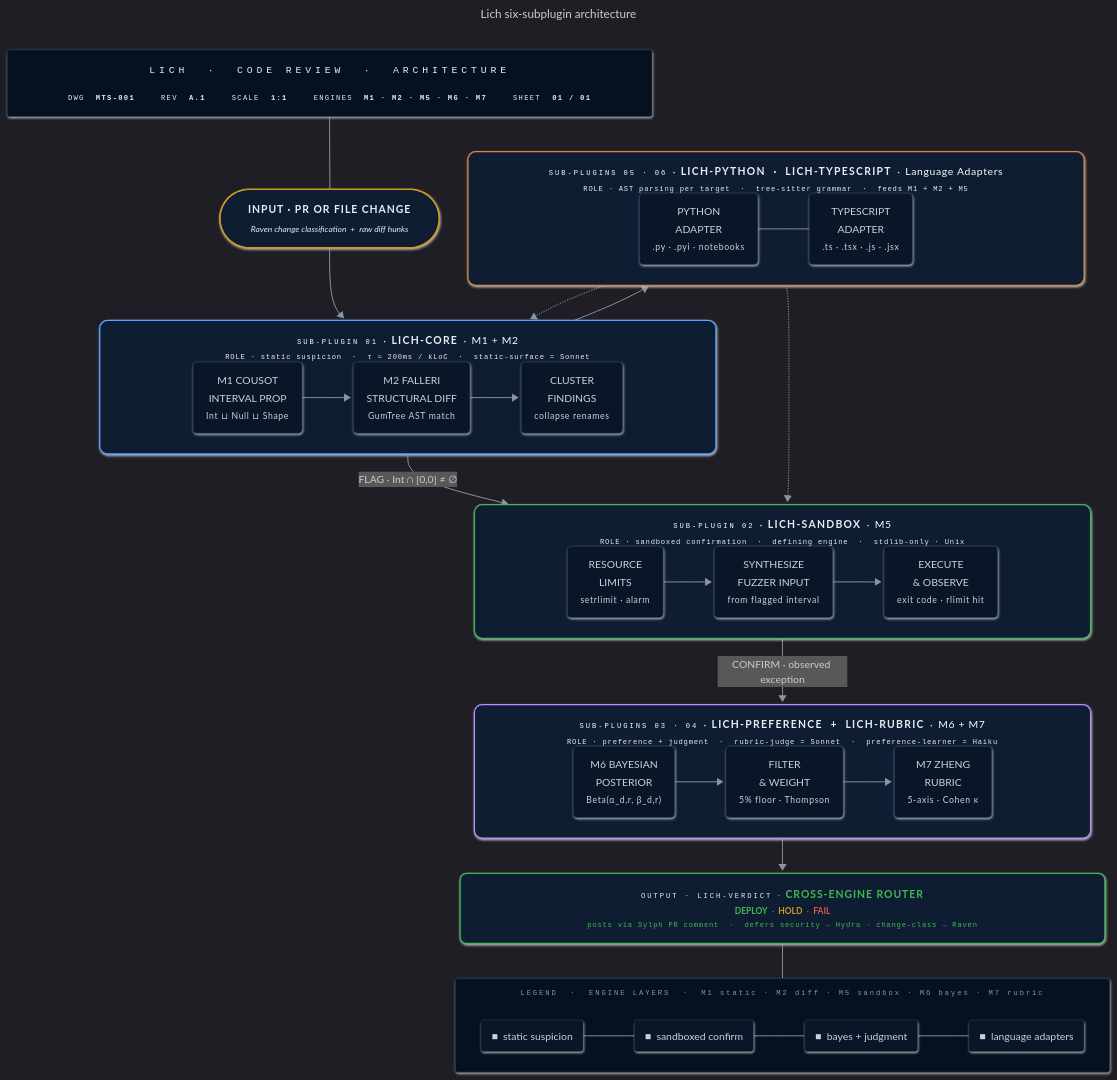
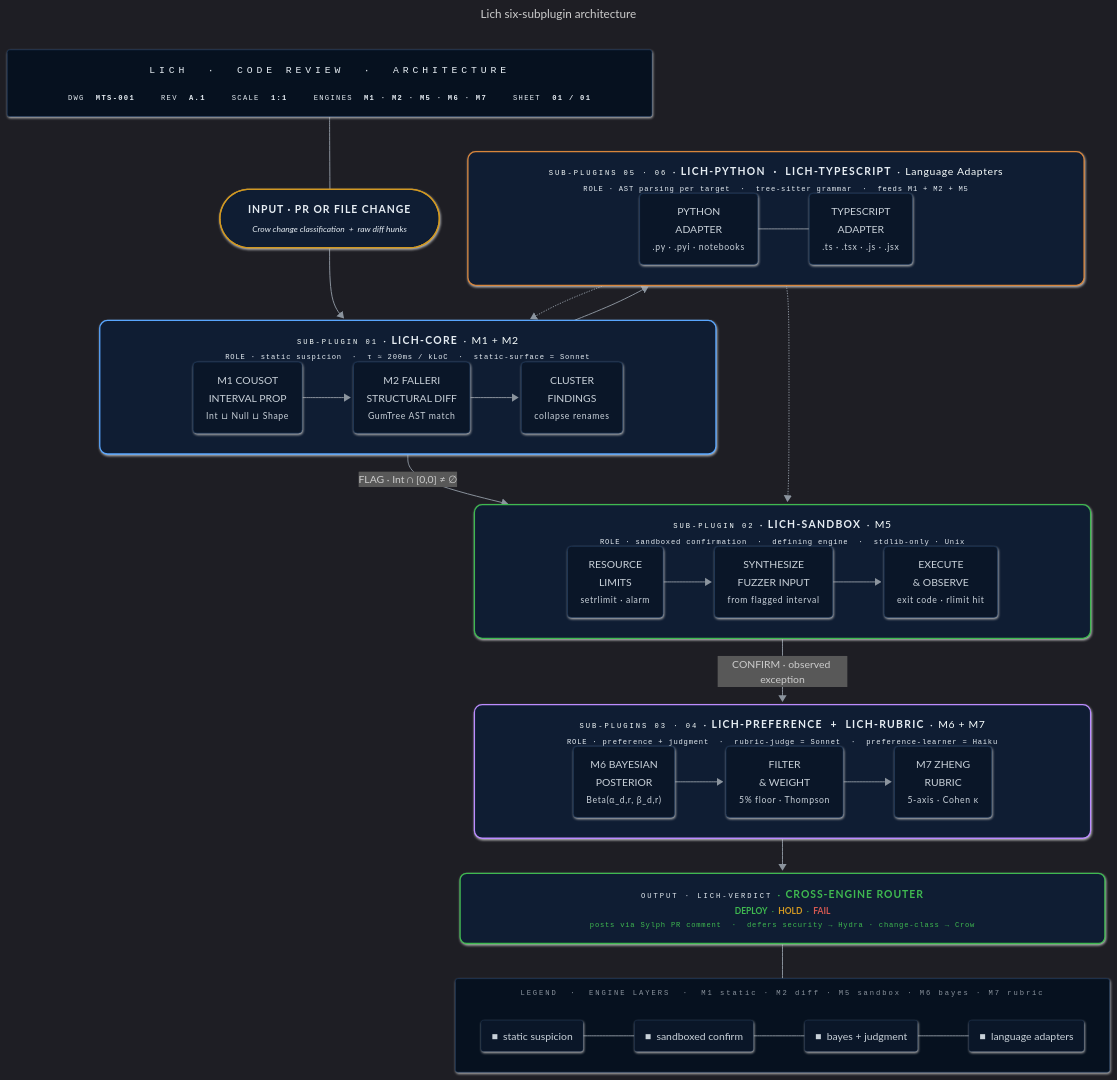
Before and after one commit to enchanted-plugins/lich: the diagram in docs/assets/pipeline.mmd, drawn with Mermaid. The commit also changed 1 other file, not shown here.

Commit message:
fix: update old name references in .mmd diagram files

```diff
--- a/docs/assets/pipeline.mmd
+++ b/docs/assets/pipeline.mmd
@@ -1,79 +1,79 @@
 ---
 title: Lich six-subplugin architecture
 config:
   look: neo
   theme: dark
   flowchart:
     curve: basis
     padding: 18
     nodeSpacing: 44
     rankSpacing: 54
     htmlLabels: true
     subGraphTitleMargin:
       top: 14
       bottom: 18
 ---
 flowchart TB
     TitleBlock["<div style='font-family:ui-monospace,SFMono-Regular,Consolas,monospace;text-align:center;min-width:940px;padding:6px 10px;line-height:1.8'><div style='color:#58a6ff;font-size:15px;letter-spacing:6px;border-bottom:1px solid #1e3a5f;padding-bottom:10px;margin-bottom:10px'>LICH &nbsp;·&nbsp; CODE&nbsp;REVIEW &nbsp;·&nbsp; ARCHITECTURE</div><div style='display:flex;gap:40px;justify-content:center;font-size:11px;color:#8b949e;letter-spacing:2px'><span>DWG&nbsp;&nbsp;<b style='color:#e6edf3'>MTS-001</b></span><span>REV&nbsp;&nbsp;<b style='color:#e6edf3'>A.1</b></span><span>SCALE&nbsp;&nbsp;<b style='color:#e6edf3'>1:1</b></span><span>ENGINES&nbsp;&nbsp;<b style='color:#e6edf3'>M1&nbsp;·&nbsp;M2&nbsp;·&nbsp;M5&nbsp;·&nbsp;M6&nbsp;·&nbsp;M7</b></span><span>SHEET&nbsp;&nbsp;<b style='color:#e6edf3'>01&nbsp;/&nbsp;01</b></span></div></div>"]
 
-    Input(["<div style='text-align:center;line-height:1.8;padding:4px 12px'><b style='letter-spacing:1.5px'>INPUT&nbsp;·&nbsp;PR&nbsp;OR&nbsp;FILE&nbsp;CHANGE</b><br/><em style='color:#8b949e;font-size:13px;font-weight:400'>Raven change classification &nbsp;+&nbsp; raw diff hunks</em></div>"])
+    Input(["<div style='text-align:center;line-height:1.8;padding:4px 12px'><b style='letter-spacing:1.5px'>INPUT&nbsp;·&nbsp;PR&nbsp;OR&nbsp;FILE&nbsp;CHANGE</b><br/><em style='color:#8b949e;font-size:13px;font-weight:400'>Crow change classification &nbsp;+&nbsp; raw diff hunks</em></div>"])
 
     subgraph Core["<div style='text-align:center;min-width:940px;line-height:2'><div><span style='font-family:ui-monospace,monospace;color:#8b949e;font-size:11px;letter-spacing:3px'>SUB-PLUGIN&nbsp;01</span>&nbsp;&nbsp;·&nbsp;&nbsp;<b style='letter-spacing:2px'>LICH-CORE</b>&nbsp;&nbsp;·&nbsp;&nbsp;<span style='color:#58a6ff;letter-spacing:1px'>M1&nbsp;+&nbsp;M2</span></div><div style='color:#6e7681;font-size:11px;font-family:ui-monospace,monospace;letter-spacing:1.2px'>ROLE&nbsp;·&nbsp;static&nbsp;suspicion&nbsp;&nbsp;·&nbsp;&nbsp;τ&nbsp;≈&nbsp;200ms&nbsp;/&nbsp;kLoC&nbsp;&nbsp;·&nbsp;&nbsp;static-surface&nbsp;=&nbsp;Sonnet</div></div>"]
         direction LR
         interval["<div style='text-align:center;line-height:1.7;padding:2px 4px'>M1&nbsp;COUSOT<br/>INTERVAL&nbsp;PROP<br/><small style='color:#6e7681;letter-spacing:1px'>Int&nbsp;⊔&nbsp;Null&nbsp;⊔&nbsp;Shape</small></div>"] --> diff["<div style='text-align:center;line-height:1.7;padding:2px 4px'>M2&nbsp;FALLERI<br/>STRUCTURAL&nbsp;DIFF<br/><small style='color:#6e7681;letter-spacing:1px'>GumTree&nbsp;AST&nbsp;match</small></div>"] --> cluster["<div style='text-align:center;line-height:1.7;padding:2px 4px'>CLUSTER<br/>FINDINGS<br/><small style='color:#6e7681;letter-spacing:1px'>collapse&nbsp;renames</small></div>"]
     end
 
     subgraph Sandbox["<div style='text-align:center;min-width:940px;line-height:2'><div><span style='font-family:ui-monospace,monospace;color:#8b949e;font-size:11px;letter-spacing:3px'>SUB-PLUGIN&nbsp;02</span>&nbsp;&nbsp;·&nbsp;&nbsp;<b style='letter-spacing:2px'>LICH-SANDBOX</b>&nbsp;&nbsp;·&nbsp;&nbsp;<span style='color:#3fb950;letter-spacing:1px'>M5</span></div><div style='color:#6e7681;font-size:11px;font-family:ui-monospace,monospace;letter-spacing:1.2px'>ROLE&nbsp;·&nbsp;sandboxed&nbsp;confirmation&nbsp;&nbsp;·&nbsp;&nbsp;defining&nbsp;engine&nbsp;&nbsp;·&nbsp;&nbsp;stdlib-only&nbsp;·&nbsp;Unix</div></div>"]
         direction LR
         rlimit["<div style='text-align:center;line-height:1.7;padding:2px 4px'>RESOURCE<br/>LIMITS<br/><small style='color:#6e7681;letter-spacing:1px'>setrlimit&nbsp;·&nbsp;alarm</small></div>"] --> fuzz["<div style='text-align:center;line-height:1.7;padding:2px 4px'>SYNTHESIZE<br/>FUZZER&nbsp;INPUT<br/><small style='color:#6e7681;letter-spacing:1px'>from&nbsp;flagged&nbsp;interval</small></div>"] --> exec["<div style='text-align:center;line-height:1.7;padding:2px 4px'>EXECUTE<br/>&amp;&nbsp;OBSERVE<br/><small style='color:#6e7681;letter-spacing:1px'>exit&nbsp;code&nbsp;·&nbsp;rlimit&nbsp;hit</small></div>"]
     end
 
     subgraph Bayes["<div style='text-align:center;min-width:940px;line-height:2'><div><span style='font-family:ui-monospace,monospace;color:#8b949e;font-size:11px;letter-spacing:3px'>SUB-PLUGINS&nbsp;03&nbsp;·&nbsp;04</span>&nbsp;&nbsp;·&nbsp;&nbsp;<b style='letter-spacing:2px'>LICH-PREFERENCE&nbsp;&nbsp;+&nbsp;&nbsp;LICH-RUBRIC</b>&nbsp;&nbsp;·&nbsp;&nbsp;<span style='color:#bc8cff;letter-spacing:1px'>M6&nbsp;+&nbsp;M7</span></div><div style='color:#6e7681;font-size:11px;font-family:ui-monospace,monospace;letter-spacing:1.2px'>ROLE&nbsp;·&nbsp;preference&nbsp;+&nbsp;judgment&nbsp;&nbsp;·&nbsp;&nbsp;rubric-judge&nbsp;=&nbsp;Sonnet&nbsp;&nbsp;·&nbsp;&nbsp;preference-learner&nbsp;=&nbsp;Haiku</div></div>"]
         direction LR
         posterior["<div style='text-align:center;line-height:1.7;padding:2px 4px'>M6&nbsp;BAYESIAN<br/>POSTERIOR<br/><small style='color:#6e7681;letter-spacing:1px'>Beta(α_d,r,&nbsp;β_d,r)</small></div>"] --> filter["<div style='text-align:center;line-height:1.7;padding:2px 4px'>FILTER<br/>&amp;&nbsp;WEIGHT<br/><small style='color:#6e7681;letter-spacing:1px'>5%&nbsp;floor&nbsp;·&nbsp;Thompson</small></div>"] --> rubric["<div style='text-align:center;line-height:1.7;padding:2px 4px'>M7&nbsp;ZHENG<br/>RUBRIC<br/><small style='color:#6e7681;letter-spacing:1px'>5-axis&nbsp;·&nbsp;Cohen&nbsp;κ</small></div>"]
     end
 
     subgraph Adapt["<div style='text-align:center;min-width:940px;line-height:2'><div><span style='font-family:ui-monospace,monospace;color:#8b949e;font-size:11px;letter-spacing:3px'>SUB-PLUGINS&nbsp;05&nbsp;·&nbsp;06</span>&nbsp;&nbsp;·&nbsp;&nbsp;<b style='letter-spacing:2px'>LICH-PYTHON&nbsp;&nbsp;·&nbsp;&nbsp;LICH-TYPESCRIPT</b>&nbsp;&nbsp;·&nbsp;&nbsp;<span style='color:#d8853b;letter-spacing:1px'>Language&nbsp;Adapters</span></div><div style='color:#6e7681;font-size:11px;font-family:ui-monospace,monospace;letter-spacing:1.2px'>ROLE&nbsp;·&nbsp;AST&nbsp;parsing&nbsp;per&nbsp;target&nbsp;&nbsp;·&nbsp;&nbsp;tree-sitter&nbsp;grammar&nbsp;&nbsp;·&nbsp;&nbsp;feeds&nbsp;M1&nbsp;+&nbsp;M2&nbsp;+&nbsp;M5</div></div>"]
         direction LR
         py["<div style='text-align:center;line-height:1.7;padding:2px 4px'>PYTHON<br/>ADAPTER<br/><small style='color:#6e7681;letter-spacing:1px'>.py&nbsp;·&nbsp;.pyi&nbsp;·&nbsp;notebooks</small></div>"] --- ts["<div style='text-align:center;line-height:1.7;padding:2px 4px'>TYPESCRIPT<br/>ADAPTER<br/><small style='color:#6e7681;letter-spacing:1px'>.ts&nbsp;·&nbsp;.tsx&nbsp;·&nbsp;.js&nbsp;·&nbsp;.jsx</small></div>"]
     end
 
-    Verdict["<div style='text-align:center;min-width:940px;line-height:1.8;padding:6px 10px'><div><span style='font-family:ui-monospace,monospace;color:#8b949e;font-size:11px;letter-spacing:3px'>OUTPUT&nbsp;·&nbsp;LICH-VERDICT</span>&nbsp;&nbsp;·&nbsp;&nbsp;<b style='letter-spacing:1.5px'>CROSS-ENGINE&nbsp;ROUTER</b></div><div style='color:#8b949e;font-size:13px'><b style='color:#3fb950'>DEPLOY</b>&nbsp;&nbsp;·&nbsp;&nbsp;<b style='color:#d29922'>HOLD</b>&nbsp;&nbsp;·&nbsp;&nbsp;<b style='color:#d75952'>FAIL</b></div><div style='color:#6e7681;font-size:11px;font-family:ui-monospace,monospace;letter-spacing:1.2px'>posts&nbsp;via&nbsp;Sylph&nbsp;PR&nbsp;comment&nbsp;&nbsp;·&nbsp;&nbsp;defers&nbsp;security&nbsp;→&nbsp;Hydra&nbsp;·&nbsp;change-class&nbsp;→&nbsp;Raven</div></div>"]
+    Verdict["<div style='text-align:center;min-width:940px;line-height:1.8;padding:6px 10px'><div><span style='font-family:ui-monospace,monospace;color:#8b949e;font-size:11px;letter-spacing:3px'>OUTPUT&nbsp;·&nbsp;LICH-VERDICT</span>&nbsp;&nbsp;·&nbsp;&nbsp;<b style='letter-spacing:1.5px'>CROSS-ENGINE&nbsp;ROUTER</b></div><div style='color:#8b949e;font-size:13px'><b style='color:#3fb950'>DEPLOY</b>&nbsp;&nbsp;·&nbsp;&nbsp;<b style='color:#d29922'>HOLD</b>&nbsp;&nbsp;·&nbsp;&nbsp;<b style='color:#d75952'>FAIL</b></div><div style='color:#6e7681;font-size:11px;font-family:ui-monospace,monospace;letter-spacing:1.2px'>posts&nbsp;via&nbsp;Sylph&nbsp;PR&nbsp;comment&nbsp;&nbsp;·&nbsp;&nbsp;defers&nbsp;security&nbsp;→&nbsp;Hydra&nbsp;·&nbsp;change-class&nbsp;→&nbsp;Crow</div></div>"]
 
     subgraph Legend["<div style='font-family:ui-monospace,monospace;color:#8b949e;font-size:11px;letter-spacing:3px;min-width:940px;text-align:center'>LEGEND&nbsp;&nbsp;·&nbsp;&nbsp;ENGINE&nbsp;LAYERS&nbsp;&nbsp;·&nbsp;&nbsp;M1&nbsp;static&nbsp;·&nbsp;M2&nbsp;diff&nbsp;·&nbsp;M5&nbsp;sandbox&nbsp;·&nbsp;M6&nbsp;bayes&nbsp;·&nbsp;M7&nbsp;rubric</div>"]
         direction LR
         lg1["<span style='color:#58a6ff'>■</span>&nbsp;&nbsp;static&nbsp;suspicion"] --- lg2["<span style='color:#3fb950'>■</span>&nbsp;&nbsp;sandboxed&nbsp;confirm"] --- lg3["<span style='color:#bc8cff'>■</span>&nbsp;&nbsp;bayes&nbsp;+&nbsp;judgment"] --- lg4["<span style='color:#d8853b'>■</span>&nbsp;&nbsp;language&nbsp;adapters"]
     end
 
     TitleBlock ~~~ Input
     Input --> Core
     Core -->|"FLAG · Int ∩ [0,0] ≠ ∅"| Sandbox
     Core --> Adapt
     Sandbox -->|"CONFIRM · observed exception"| Bayes
     Adapt -.-> Core
     Adapt -.-> Sandbox
     Bayes --> Verdict
     Verdict ~~~ Legend
 
     classDef step fill:#0a1628,stroke:#1e3a5f,stroke-width:1px,color:#c9d1d9,rx:6,ry:6
     classDef userNode fill:#0a1628,stroke:#1e3a5f,stroke-width:1.5px,color:#e6edf3,rx:10,ry:10
     classDef titleBlock fill:#06111f,stroke:#1e3a5f,stroke-width:1px,color:#e6edf3,rx:4,ry:4
     classDef verdictStyle fill:#0f1d33,stroke:#3fb950,stroke-width:2px,color:#e6edf3,rx:10,ry:10
     classDef legend fill:#06111f,stroke:#1e3a5f,stroke-width:1px,color:#8b949e,rx:4,ry:4
     classDef legendItem fill:#0a1628,stroke:#1e3a5f,stroke-width:0.5px,color:#c9d1d9,rx:4,ry:4
 
     class Input userNode
     class interval,diff,cluster,rlimit,fuzz,exec,posterior,filter,rubric,py,ts step
     class Verdict verdictStyle
     class TitleBlock titleBlock
     class Legend legend
     class lg1,lg2,lg3,lg4 legendItem
 
     style Input fill:#0f1d33,stroke:#d29922,stroke-width:2px,color:#e6edf3,rx:10,ry:10
     style Core fill:#0f1d33,stroke:#58a6ff,stroke-width:2px,color:#e6edf3,rx:12,ry:12
     style Sandbox fill:#0f1d33,stroke:#3fb950,stroke-width:2px,color:#e6edf3,rx:12,ry:12
     style Bayes fill:#0f1d33,stroke:#bc8cff,stroke-width:2px,color:#e6edf3,rx:12,ry:12
     style Adapt fill:#0f1d33,stroke:#d8853b,stroke-width:2px,color:#e6edf3,rx:12,ry:12
     style Verdict fill:#0f1d33,stroke:#3fb950,stroke-width:2px,color:#3fb950,rx:10,ry:10
 
     linkStyle default stroke:#8b949e,stroke-width:1.5px
```
